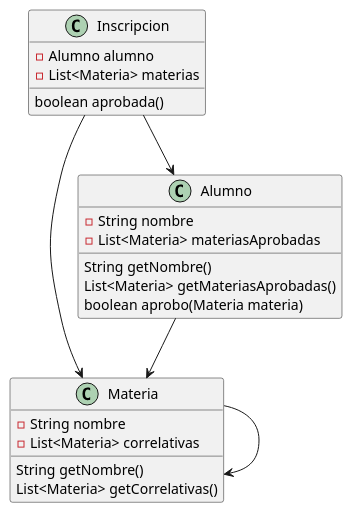
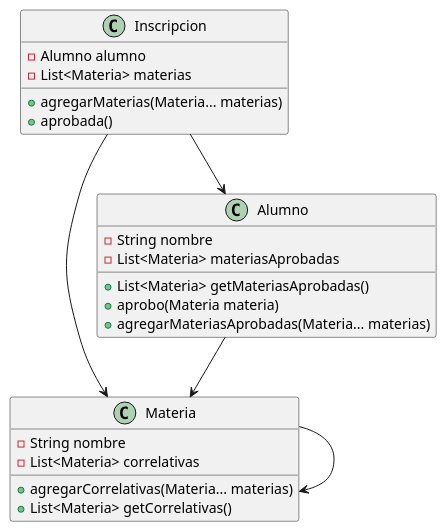
Before and after one commit to CristianCallahuanca/ValidadorDeInscripciones: the diagram in src/ValidadorDeCorrelatividades.puml, drawn with PlantUML.

Commit message:
Actualizacion uml

```diff
--- a/src/ValidadorDeCorrelatividades.puml
+++ b/src/ValidadorDeCorrelatividades.puml
@@ -1,31 +1,32 @@
 @startuml
 
 Alumno --> Materia
 Inscripcion --> Alumno
 Inscripcion --> Materia
 Materia -> Materia
 
 class Materia{
     - String nombre
     -List<Materia> correlativas
 
-    String getNombre()
-    List<Materia> getCorrelativas()
+    +agregarCorrelativas(Materia... materias)
+    +List<Materia> getCorrelativas()
 }
 
 class Inscripcion{
     -Alumno alumno
     -List<Materia> materias
 
-    boolean aprobada()
+    +agregarMaterias(Materia... materias)
+    +aprobada()
 }
 
 class Alumno{
     -String nombre
     -List<Materia> materiasAprobadas
 
-    String getNombre()
-    List<Materia> getMateriasAprobadas()
-    boolean aprobo(Materia materia)
+    +List<Materia> getMateriasAprobadas()
+    +aprobo(Materia materia)
+    +agregarMateriasAprobadas(Materia... materias)
 }
 @enduml
```
